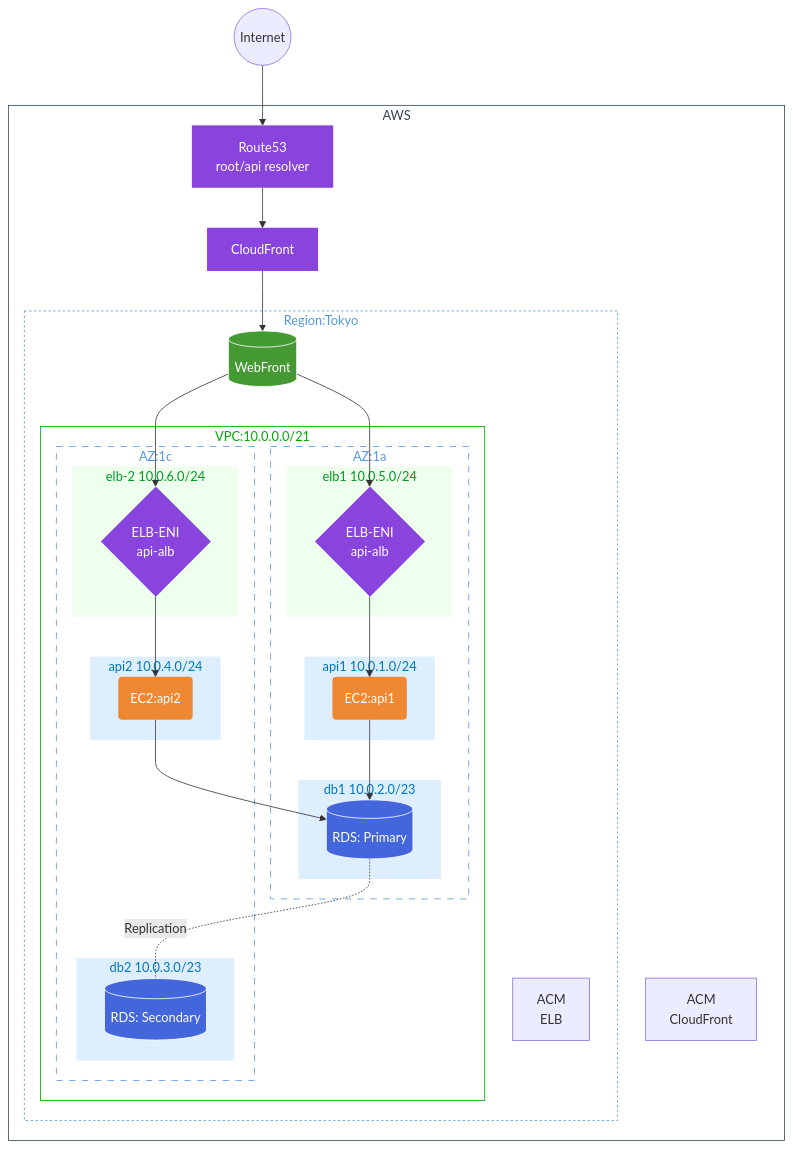
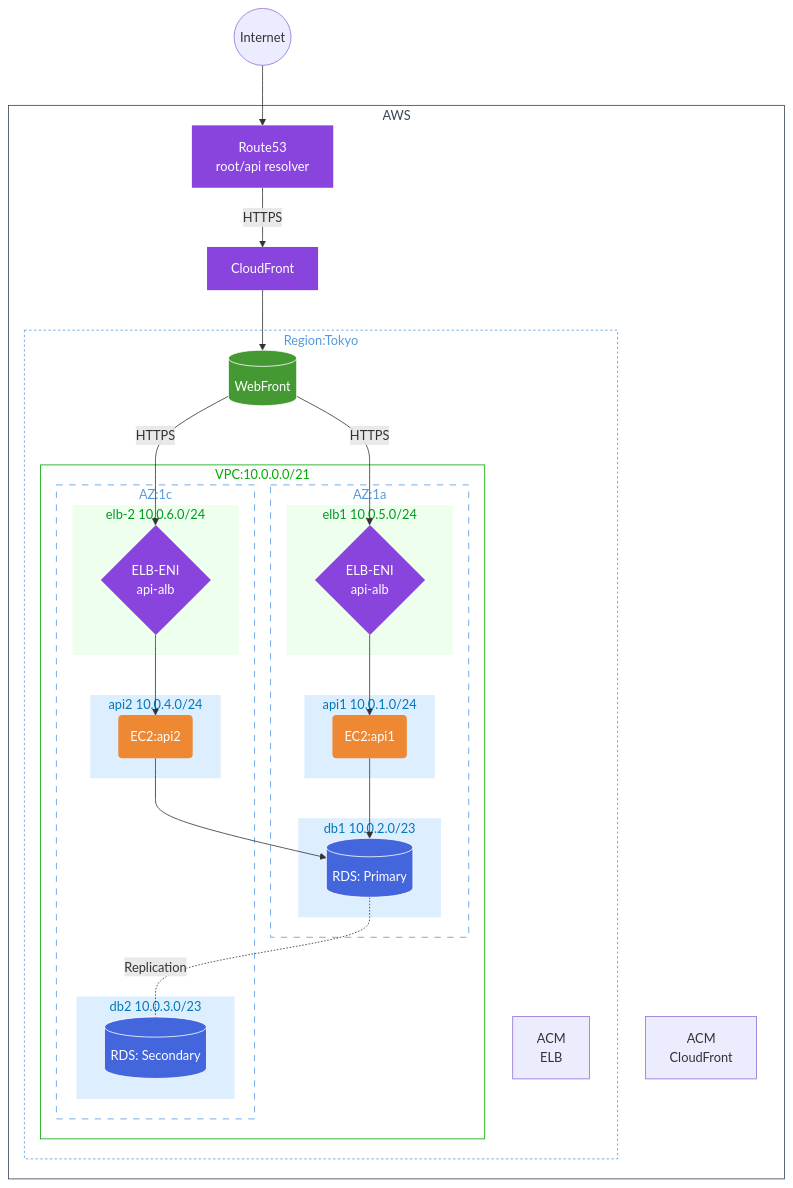
One commit to kuma8088/ct_sprints_iimura changed the diagram in README.md. Above: the diagram before and after it, drawn with Mermaid. The commit also changed other lines of this file and 2 other files, not shown here.

Commit message:
Sprint5 v0.1 draft

```diff
--- a/README.md
+++ b/README.md
@@ -54,10 +54,10 @@
 
 %%サービス同士の関係
 INET --> DNS
-DNS --> CF
+DNS --> |HTTPS| CF
 CF --> ST1
-ST1 --> NW1
-ST1 --> NW2
+ST1 --> |HTTPS| NW1
+ST1 --> |HTTPS| NW2
 NW1 --> CP2
 NW2 --> CP3
 CP2 --> DB1
```
